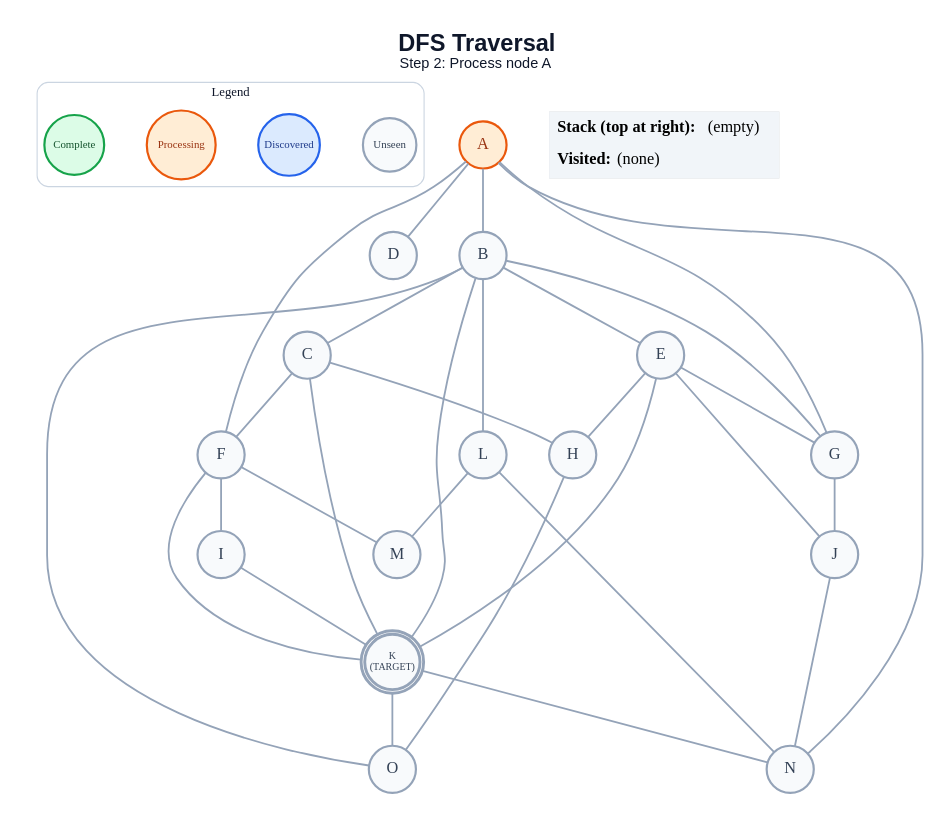
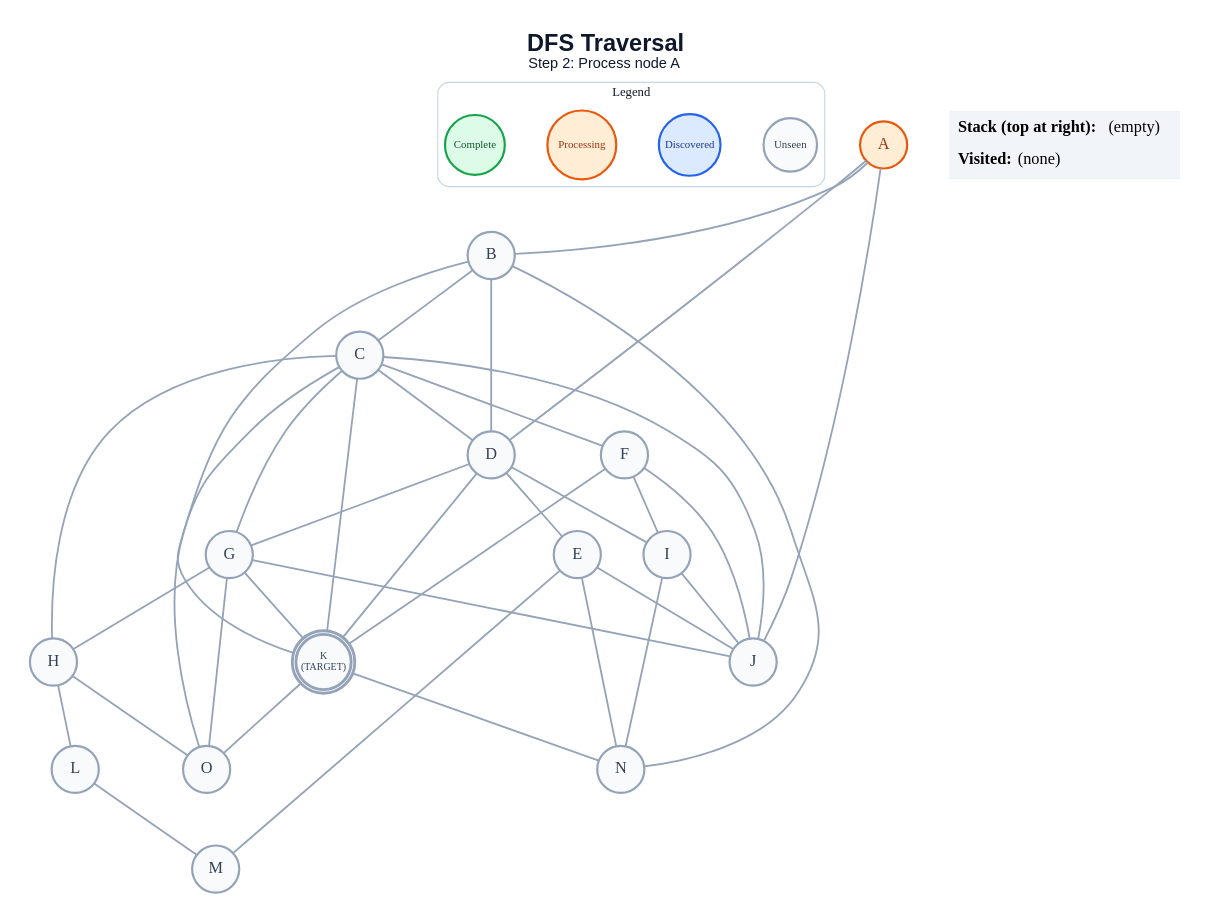
The diagram in generated/dfs/step_02.dot (anon7238593-create/ai-slop), drawn with Graphviz before and after one commit. The commit also changed 213 other files, not shown here.

```diff
--- a/generated/dfs/step_02.dot
+++ b/generated/dfs/step_02.dot
@@ -1,63 +1,69 @@
 graph traversal {
   graph [layout=dot, rankdir=TB, bgcolor="#FFFFFF", pad="0.35", nodesep="0.65", ranksep="0.8", fontname="Arial"];
   node [shape=circle, style="filled", fontname="Arial Bold", fontsize=18, width=0.72, fixedsize=true, penwidth=2.4];
   edge [color="#94A3B8", penwidth=2.0];
   label=<<B>DFS Traversal</B><BR/><FONT POINT-SIZE="16">Step 2: Process node A</FONT>>; labelloc="t"; fontsize=26; fontname="Arial"; fontcolor="#0F172A";
   subgraph cluster_legend { label="Legend"; color="#CBD5E1"; penwidth=1.2; style="rounded"; fontsize=14; fontname="Arial Bold";
     key_unseen [label="Unseen", fillcolor="#F8FAFC", color="#94A3B8", fontcolor="#334155", fontsize=12, width=0.82];
     key_frontier [label="Discovered", fillcolor="#DBEAFE", color="#2563EB", fontcolor="#1E3A8A", fontsize=12, width=0.95];
     key_current [label="Processing", fillcolor="#FFEDD5", color="#EA580C", fontcolor="#9A3412", fontsize=12, width=1.05];
     key_done [label="Complete", fillcolor="#DCFCE7", color="#16A34A", fontcolor="#14532D", fontsize=12, width=0.92];
     { rank=same; key_unseen; key_frontier; key_current; key_done; }
   }
   A [label="A", fillcolor="#FFEDD5", color="#EA580C", fontcolor="#9A3412", peripheries=1, penwidth=2.4];
   B [label="B", fillcolor="#F8FAFC", color="#94A3B8", fontcolor="#334155", peripheries=1, penwidth=2.4];
   C [label="C", fillcolor="#F8FAFC", color="#94A3B8", fontcolor="#334155", peripheries=1, penwidth=2.4];
   D [label="D", fillcolor="#F8FAFC", color="#94A3B8", fontcolor="#334155", peripheries=1, penwidth=2.4];
   E [label="E", fillcolor="#F8FAFC", color="#94A3B8", fontcolor="#334155", peripheries=1, penwidth=2.4];
   F [label="F", fillcolor="#F8FAFC", color="#94A3B8", fontcolor="#334155", peripheries=1, penwidth=2.4];
   G [label="G", fillcolor="#F8FAFC", color="#94A3B8", fontcolor="#334155", peripheries=1, penwidth=2.4];
   H [label="H", fillcolor="#F8FAFC", color="#94A3B8", fontcolor="#334155", peripheries=1, penwidth=2.4];
   I [label="I", fillcolor="#F8FAFC", color="#94A3B8", fontcolor="#334155", peripheries=1, penwidth=2.4];
   J [label="J", fillcolor="#F8FAFC", color="#94A3B8", fontcolor="#334155", peripheries=1, penwidth=2.4];
   K [label="K\n(TARGET)", fillcolor="#F8FAFC", color="#94A3B8", fontcolor="#334155", peripheries=2, penwidth=3.2, fontsize=11, width=0.85, height=0.85];
   L [label="L", fillcolor="#F8FAFC", color="#94A3B8", fontcolor="#334155", peripheries=1, penwidth=2.4];
   M [label="M", fillcolor="#F8FAFC", color="#94A3B8", fontcolor="#334155", peripheries=1, penwidth=2.4];
   N [label="N", fillcolor="#F8FAFC", color="#94A3B8", fontcolor="#334155", peripheries=1, penwidth=2.4];
   O [label="O", fillcolor="#F8FAFC", color="#94A3B8", fontcolor="#334155", peripheries=1, penwidth=2.4];
   A -- B;
   A -- D;
-  A -- F;
-  A -- G;
-  A -- N;
+  A -- J;
   B -- C;
-  B -- E;
-  B -- G;
+  B -- D;
   B -- K;
-  B -- L;
-  B -- O;
+  B -- N;
+  C -- D;
   C -- F;
+  C -- G;
   C -- H;
+  C -- J;
   C -- K;
-  E -- G;
-  E -- H;
+  C -- O;
+  D -- E;
+  D -- G;
+  D -- I;
+  D -- K;
   E -- J;
-  E -- K;
+  E -- M;
+  E -- N;
   F -- I;
+  F -- J;
   F -- K;
-  F -- M;
+  G -- H;
   G -- J;
+  G -- K;
+  G -- O;
+  H -- L;
   H -- O;
-  I -- K;
-  J -- N;
+  I -- J;
+  I -- N;
   K -- N;
   K -- O;
   L -- M;
-  L -- N;
   status [shape=plain, fixedsize=false, width=0, height=0, margin=0, label=<
     <TABLE BORDER="0" CELLBORDER="0" CELLPADDING="7" BGCOLOR="#F1F5F9">
       <TR><TD ALIGN="LEFT"><B>Stack (top at right):</B> (empty)</TD></TR>
       <TR><TD ALIGN="LEFT"><B>Visited:</B> (none)</TD></TR>
     </TABLE>
   >];
 }
```
